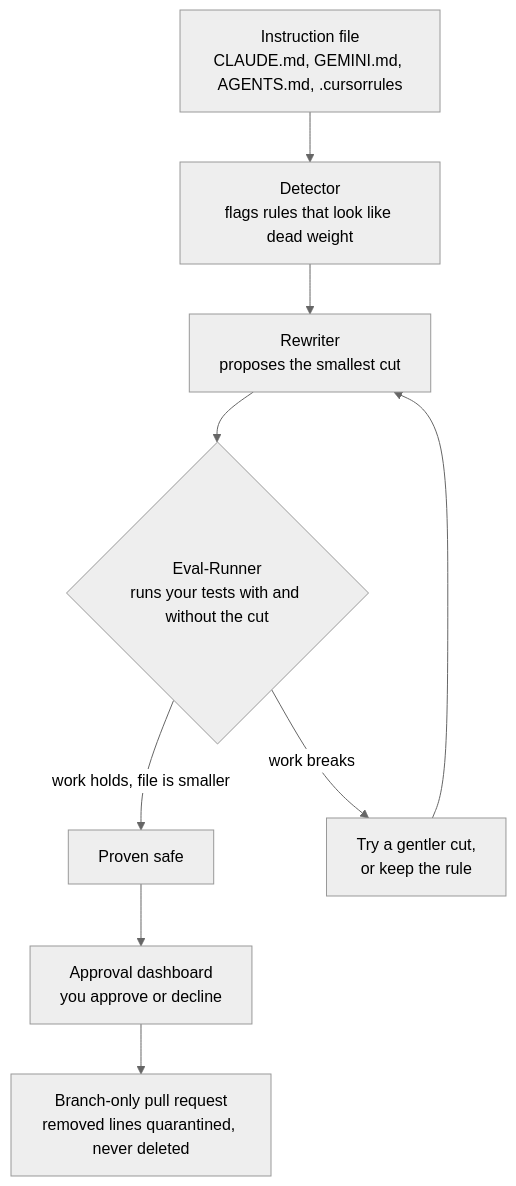
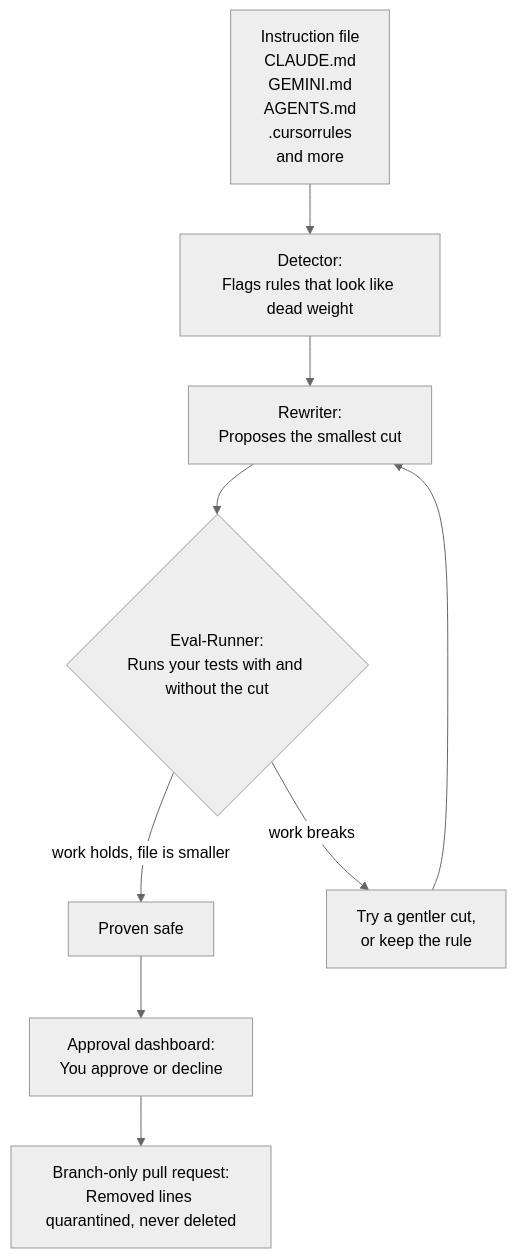
One commit to Jacks-stack976/SprigAgent changed the diagram in README.md. Above: the diagram before and after it, drawn with Mermaid (neutral theme). The commit also changed other lines of this file and 3 other files, not shown here.

````diff
--- a/README.md
+++ b/README.md
@@ -59,12 +59,12 @@
 ```mermaid
 flowchart TD
-    A["Instruction file<br/>CLAUDE.md, GEMINI.md, AGENTS.md, .cursorrules"]
-    A --> B["Detector<br/>flags rules that look like dead weight"]
-    B --> C["Rewriter<br/>proposes the smallest cut"]
-    C --> D{"Eval-Runner<br/>runs your tests with and without the cut"}
+    A["Instruction file<br/>CLAUDE.md<br/>GEMINI.md<br/>AGENTS.md<br/>.cursorrules<br/>and more"]
+    A --> B["Detector:<br/>Flags rules that look like dead weight"]
+    B --> C["Rewriter:<br/>Proposes the smallest cut"]
+    C --> D{"Eval-Runner:<br/>Runs your tests with and without the cut"}
     D -->|"work holds, file is smaller"| E["Proven safe"]
     D -->|"work breaks"| F["Try a gentler cut,<br/>or keep the rule"]
     F --> C
-    E --> G["Approval dashboard<br/>you approve or decline"]
-    G --> H["Branch-only pull request<br/>removed lines quarantined, never deleted"]
+    E --> G["Approval dashboard:<br/>You approve or decline"]
+    G --> H["Branch-only pull request:<br/>Removed lines quarantined, never deleted"]
 ```
````
